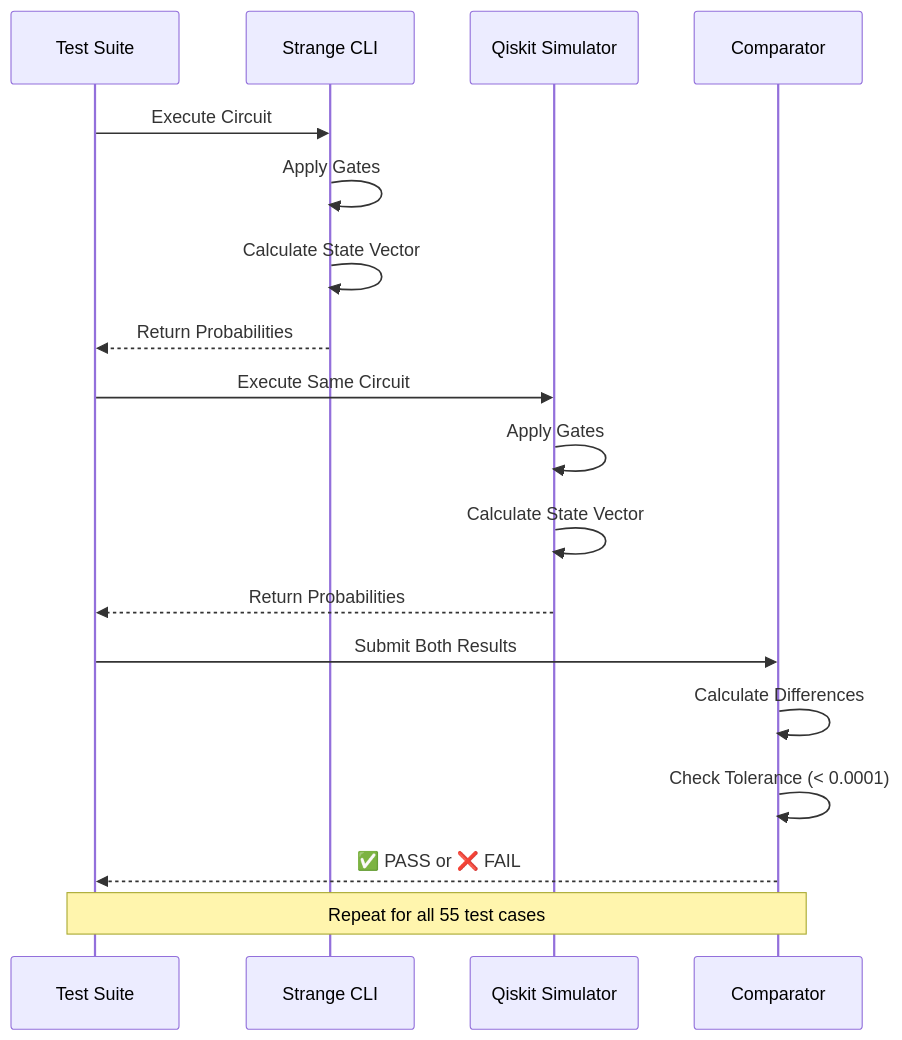
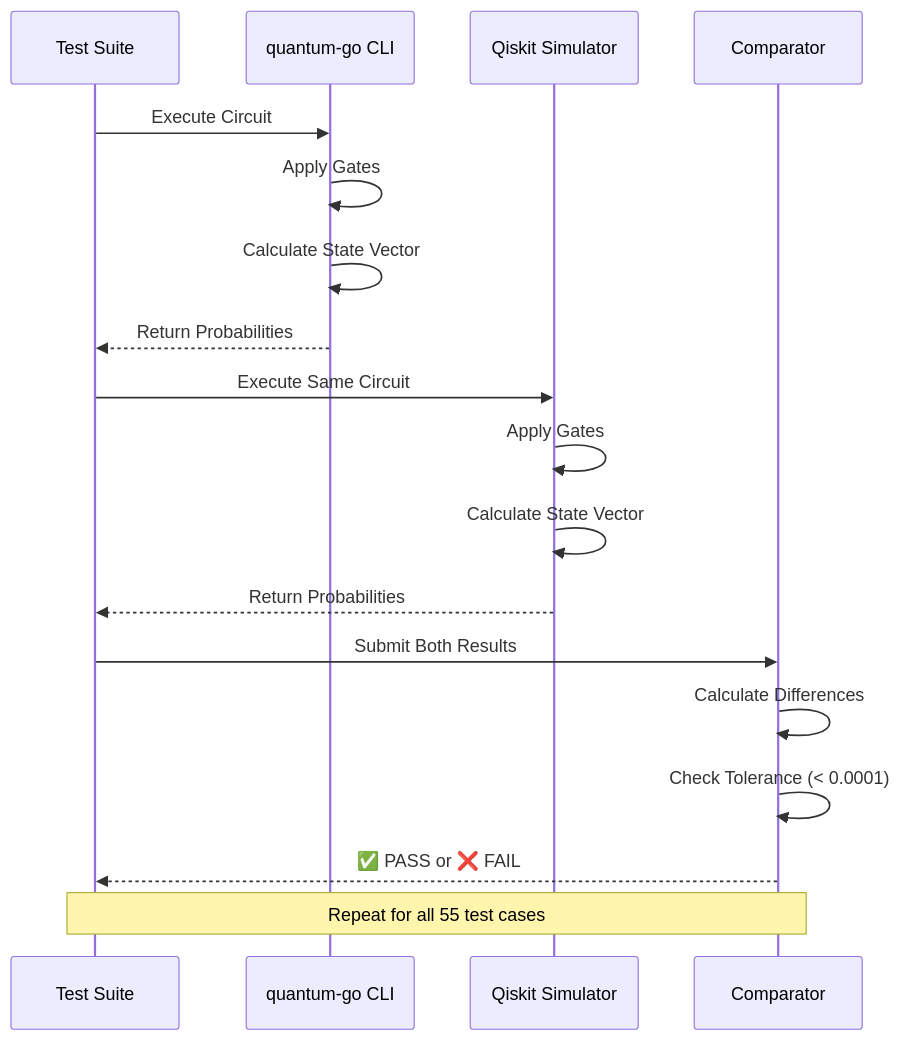
One commit to stephen-mcelhose/quantum-go changed the first of 2 diagrams in verification/QISKIT_VERIFICATION_REPORT.md. Above: the diagram before and after it, drawn with Mermaid. The commit also changed other lines of this file and 52 other files, not shown here.

First line of the commit message:
chore: rename strange -> quantum-go across entire repo (closes #8)

````diff
--- a/verification/QISKIT_VERIFICATION_REPORT.md
+++ b/verification/QISKIT_VERIFICATION_REPORT.md
@@ -22,24 +22,24 @@
 ```mermaid
 sequenceDiagram
     participant Test as Test Suite
-    participant Strange as Strange CLI
+    participant QuantumGo as quantum-go CLI
     participant Qiskit as Qiskit Simulator
     participant Compare as Comparator
     
-    Test->>Strange: Execute Circuit
-    Strange->>Strange: Apply Gates
-    Strange->>Strange: Calculate State Vector
-    Strange-->>Test: Return Probabilities
+    Test->>QuantumGo: Execute Circuit
+    QuantumGo->>QuantumGo: Apply Gates
+    QuantumGo->>QuantumGo: Calculate State Vector
+    QuantumGo-->>Test: Return Probabilities
     
     Test->>Qiskit: Execute Same Circuit
     Qiskit->>Qiskit: Apply Gates
     Qiskit->>Qiskit: Calculate State Vector
     Qiskit-->>Test: Return Probabilities
     
     Test->>Compare: Submit Both Results
     Compare->>Compare: Calculate Differences
     Compare->>Compare: Check Tolerance (< 0.0001)
     Compare-->>Test: ✅ PASS or ❌ FAIL
     
     Note over Test,Compare: Repeat for all 55 test cases
 ```
````
